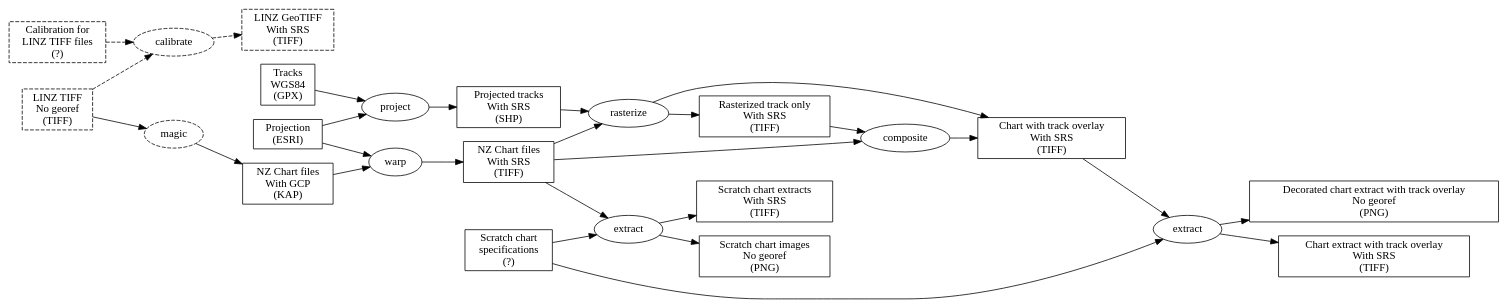
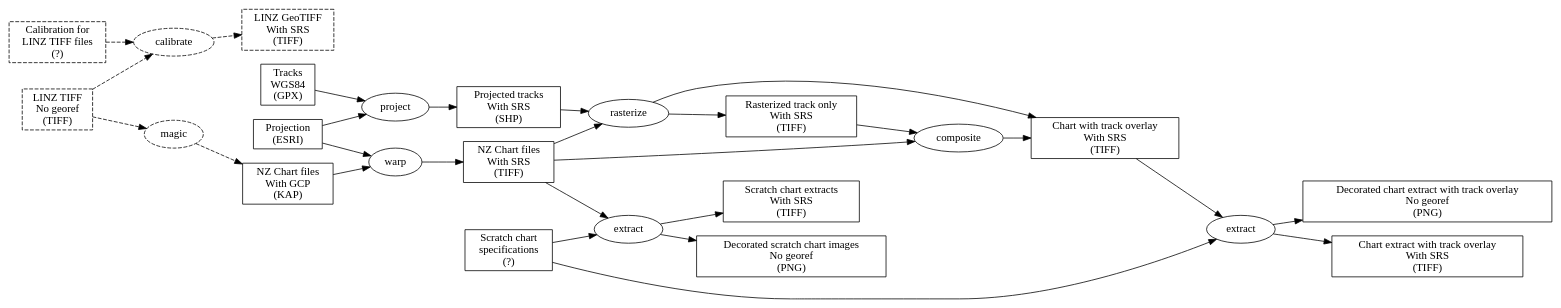
One commit to ironss/scratch_charts changed the diagram in doc/flow.dot. Above: the diagram before and after it, drawn with Graphviz.

Commit message:
More dashed lines.

```diff
--- a/doc/flow.dot
+++ b/doc/flow.dot
@@ -1,67 +1,67 @@
 digraph
 {
    rankdir=LR
 
    {
       node [ shape=box ]
       LINZ_tif         [ label="LINZ TIFF\nNo georef\n(TIFF)", style=dashed ]
       LINZ_GTiff       [ label="LINZ GeoTIFF\nWith SRS\n(TIFF)", style=dashed ]
       LINZ_cal         [ label="Calibration for\nLINZ TIFF files\n(?)", style=dashed ]
       NZ_chart_kap     [ label="NZ Chart files\nWith GCP\n(KAP)" ]
       NZ_chart_tiff    [ label="NZ Chart files\nWith SRS\n(TIFF)" ]
       scratch_spec     [ label="Scratch chart\nspecifications\n(?)" ]
       track_gpx        [ label="Tracks\nWGS84\n(GPX)" ]
       track_shp        [ label="Projected tracks\nWith SRS\n(SHP)" ]
       projection       [ label="Projection\n(ESRI)" ]
-      scratch_png      [ label="Scratch chart images\nNo georef\n(PNG)" ]
+      scratch_png      [ label="Decorated scratch chart images\nNo georef\n(PNG)" ]
       scratch_tiff     [ label="Scratch chart extracts\nWith SRS\n(TIFF)" ]
       track_overlay       [ label="Rasterized track only\nWith SRS\n(TIFF)" ]
       chart_with_overlay  [ label="Chart with track overlay\nWith SRS\n(TIFF)" ]
       scratch_with_overlay_png  [ label="Decorated chart extract with track overlay\nNo georef\n(PNG)" ]
       scratch_with_overlay_tiff [ label="Chart extract with track overlay\nWith SRS\n(TIFF)" ]
    }
    
    calibrate [ style=dashed ]
    magic [ style=dashed ]
    extract1 [ label="extract" ]
       
    LINZ_tif -> calibrate [ style=dashed ]
    LINZ_cal -> calibrate [ style=dashed ]
    calibrate -> LINZ_GTiff [ style=dashed ]
 
-   LINZ_tif -> magic
-   magic -> NZ_chart_kap
+   LINZ_tif -> magic [ style=dashed ]
+   magic -> NZ_chart_kap [ style=dashed ]
    
    NZ_chart_kap -> warp
    projection -> warp
    warp -> NZ_chart_tiff
    
    NZ_chart_tiff -> extract
    scratch_spec -> extract
    extract -> scratch_png
    extract -> scratch_tiff
    
    track_gpx -> project
    projection -> project
    project -> track_shp
    
    track_shp -> rasterize
    NZ_chart_tiff -> rasterize
    rasterize -> chart_with_overlay
    rasterize -> track_overlay
    
 #   track_shp -> summarize
 #   scratch_spec -> summarize
 #   NZ_chart_tiff -> summarize
 #   summarize -> small_chart_with_track_png
 
    NZ_chart_tiff -> composite
    track_overlay -> composite
    composite -> chart_with_overlay
    
    scratch_spec -> extract1
    chart_with_overlay -> extract1
    extract1 -> scratch_with_overlay_tiff
    extract1 -> scratch_with_overlay_png
    
 }
```
